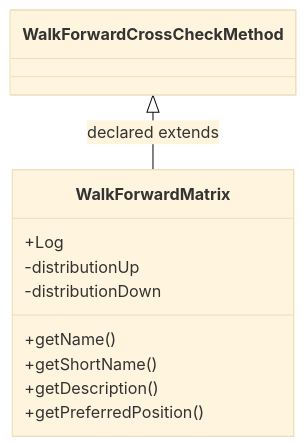
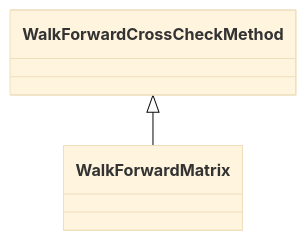
One commit to haruperi/HaruQuantAI changed the diagram in docs/sqx/Shared/CrossCheckWalkForwardMatrix.md. Above: the diagram before and after it, drawn with Mermaid (base theme). The commit also changed other lines of this file and 1688 other files, not shown here.

````diff
--- a/docs/sqx/Shared/CrossCheckWalkForwardMatrix.md
+++ b/docs/sqx/Shared/CrossCheckWalkForwardMatrix.md
@@ -30,14 +26,6 @@
 ```mermaid
 classDiagram
-    class C5d5f4ca278fe["WalkForwardMatrix"] {
-        +Log
-        -distributionUp
-        -distributionDown
-        +getName()
-        +getShortName()
-        +getDescription()
-        +getPreferredPosition()
-    }
-    class C04861b02b3ff["WalkForwardCrossCheckMethod"]
-    C04861b02b3ff <|-- C5d5f4ca278fe : declared extends
+    class C0["WalkForwardMatrix"]
+    class E0["WalkForwardCrossCheckMethod"]
+    E0 <|-- C0
 ```
````
